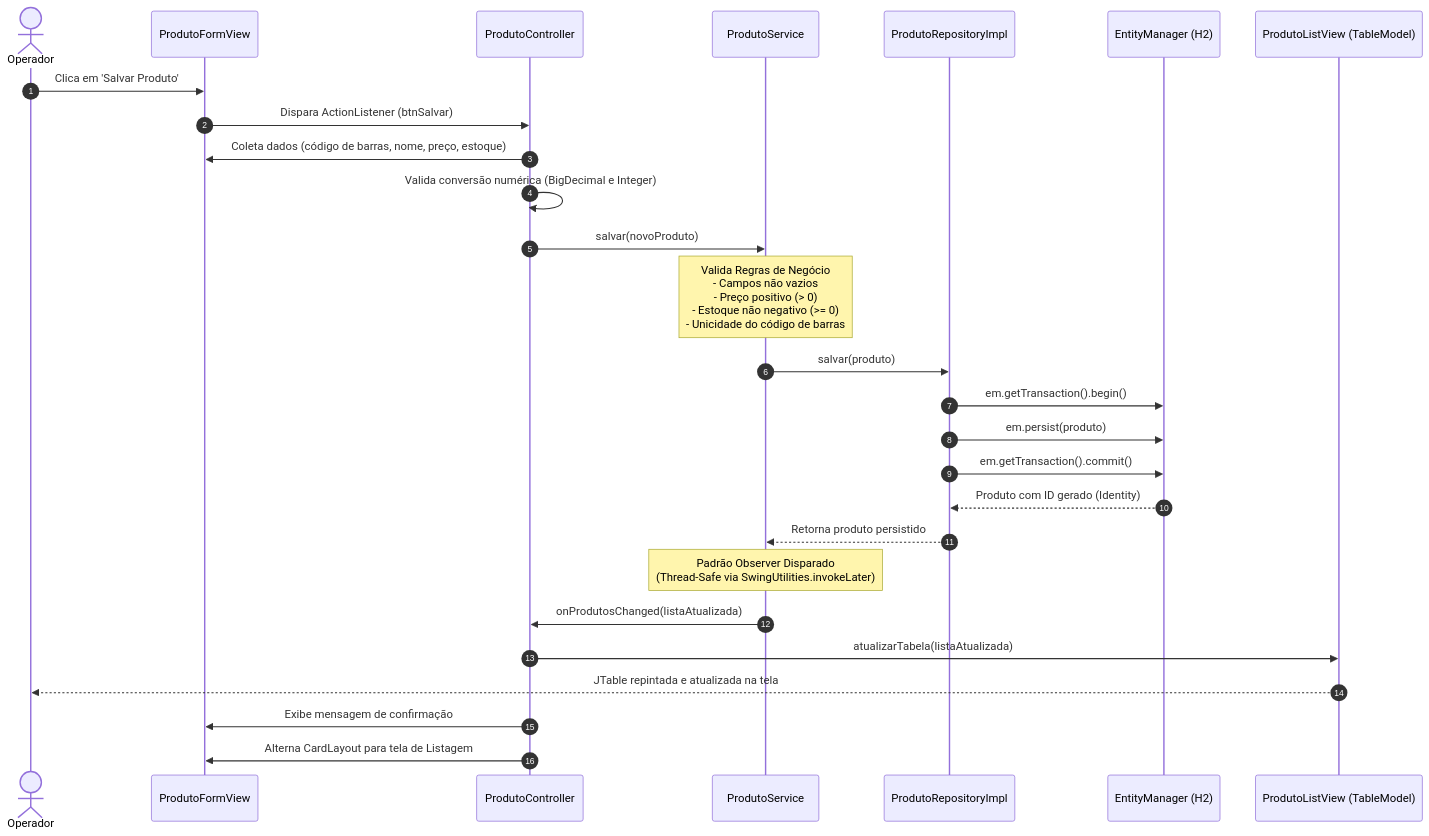
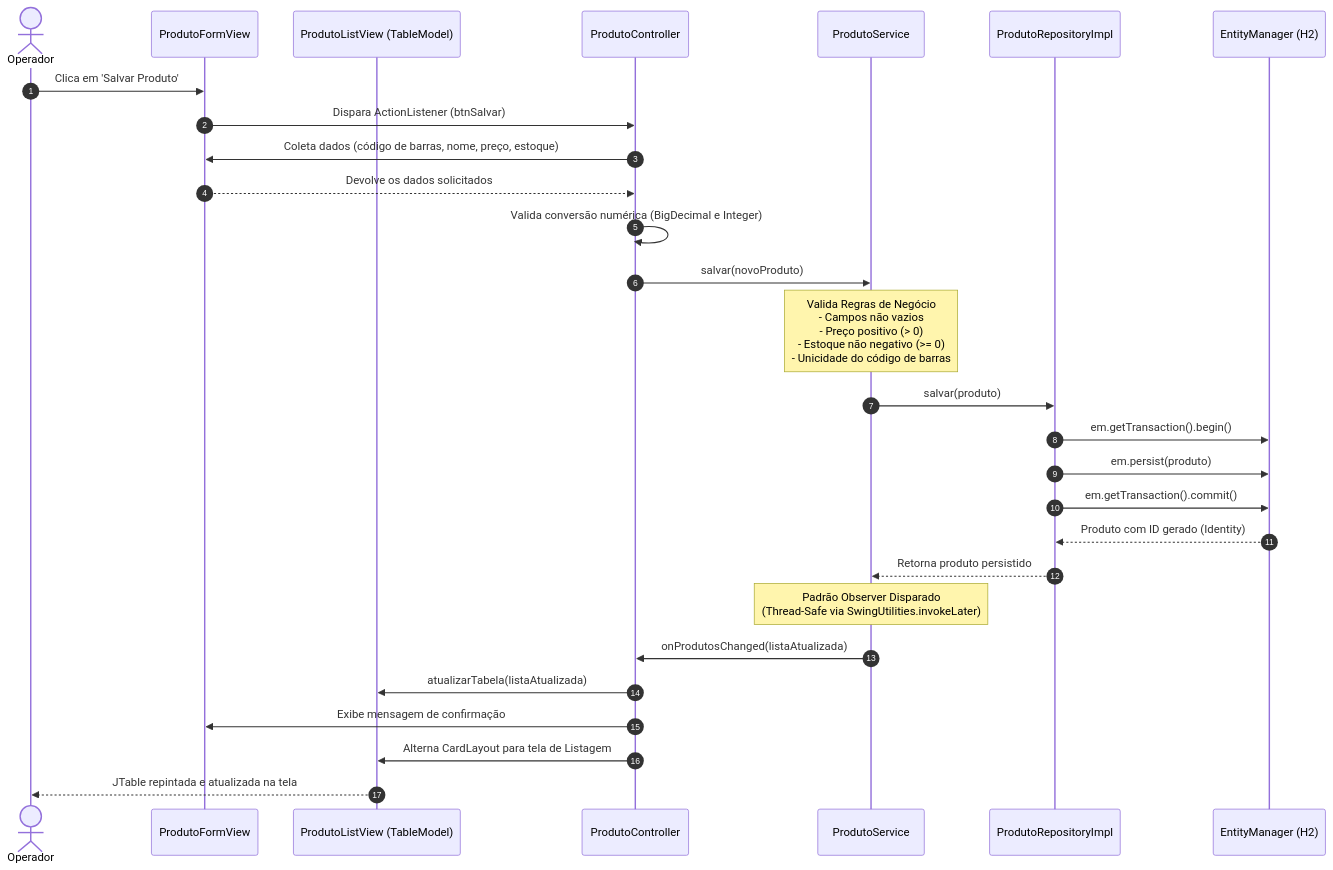
Before and after one commit to ProfCainaAntunes/exemplo_persistencia_JavaSwing: the second of 3 diagrams in README.md, drawn with Mermaid.

Commit message:
docs: ajuste no diagrama de sequência

````diff
--- a/README.md
+++ b/README.md
@@ -121,33 +121,34 @@
 ```mermaid
 sequenceDiagram
     autonumber
     actor Usuario as Operador
     participant Form as ProdutoFormView
+    participant List as ProdutoListView (TableModel)
     participant Ctrl as ProdutoController
     participant Svc as ProdutoService
     participant Repo as ProdutoRepositoryImpl
     participant JPA as EntityManager (H2)
-    participant List as ProdutoListView (TableModel)
 
     Usuario->>Form: Clica em 'Salvar Produto'
     Form->>Ctrl: Dispara ActionListener (btnSalvar)
     Ctrl->>Form: Coleta dados (código de barras, nome, preço, estoque)
+    Form-->>Ctrl: Devolve os dados solicitados
     Ctrl->>Ctrl: Valida conversão numérica (BigDecimal e Integer)
     
     Ctrl->>Svc: salvar(novoProduto)
     Note over Svc: Valida Regras de Negócio<br/>- Campos não vazios<br/>- Preço positivo (> 0)<br/>- Estoque não negativo (>= 0)<br/>- Unicidade do código de barras
     
     Svc->>Repo: salvar(produto)
     Repo->>JPA: em.getTransaction().begin()
     Repo->>JPA: em.persist(produto)
     Repo->>JPA: em.getTransaction().commit()
     JPA-->>Repo: Produto com ID gerado (Identity)
     Repo-->>Svc: Retorna produto persistido
     
     Note over Svc: Padrão Observer Disparado<br/>(Thread-Safe via SwingUtilities.invokeLater)
     Svc->>Ctrl: onProdutosChanged(listaAtualizada)
     Ctrl->>List: atualizarTabela(listaAtualizada)
+    Ctrl->>Form: Exibe mensagem de confirmação
+    Ctrl->>List: Alterna CardLayout para tela de Listagem
     List-->>Usuario: JTable repintada e atualizada na tela
-    Ctrl->>Form: Exibe mensagem de confirmação
-    Ctrl->>Form: Alterna CardLayout para tela de Listagem
 ```
````
